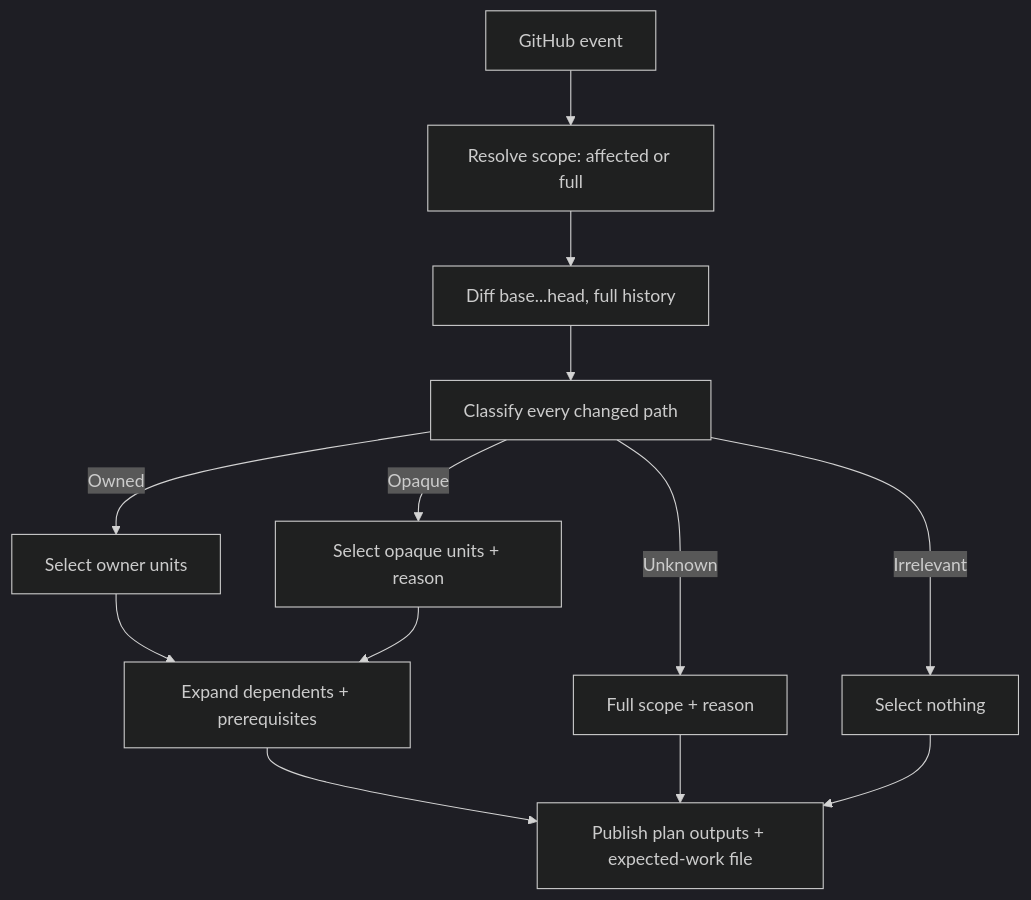
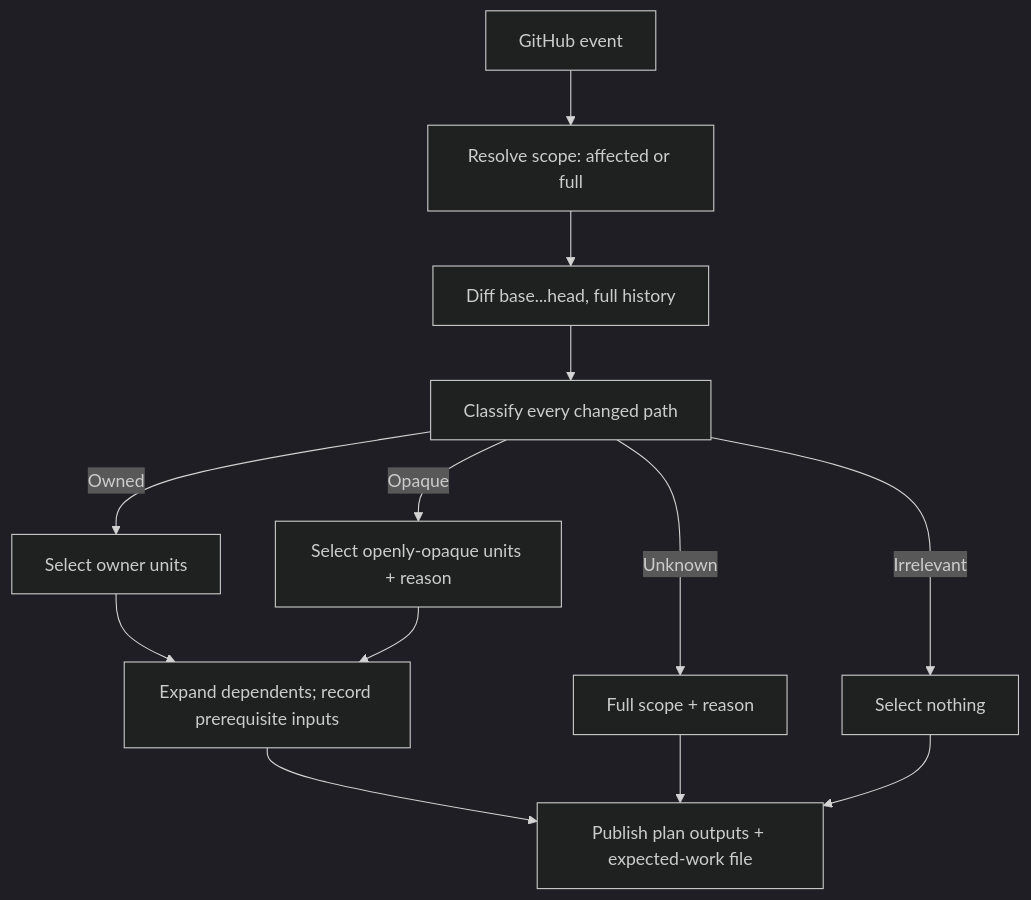
One commit to tailrocks/velnor changed the diagram in content/docs/concepts/change-aware-planning.mdx. Above: the diagram before and after it, drawn with Mermaid (dark theme). The commit also changed other lines of this file and 32 other files, not shown here.

````diff
--- a/content/docs/concepts/change-aware-planning.mdx
+++ b/content/docs/concepts/change-aware-planning.mdx
@@ -28,15 +28,15 @@
 ```mermaid
 flowchart TD
     E[GitHub event] --> S[Resolve scope: affected or full]
     S --> D[Diff base...head, full history]
     D --> C[Classify every changed path]
     C -->|Owned| H[Select owner units]
     C -->|Irrelevant| N[Select nothing]
-    C -->|Opaque| O[Select opaque units + reason]
+    C -->|Opaque| O[Select openly-opaque units + reason]
     C -->|Unknown| F[Full scope + reason]
-    H --> X[Expand dependents + prerequisites]
+    H --> X[Expand dependents; record prerequisite inputs]
     O --> X
     X --> P[Publish plan outputs + expected-work file]
     F --> P
     N --> P
 ```
````
